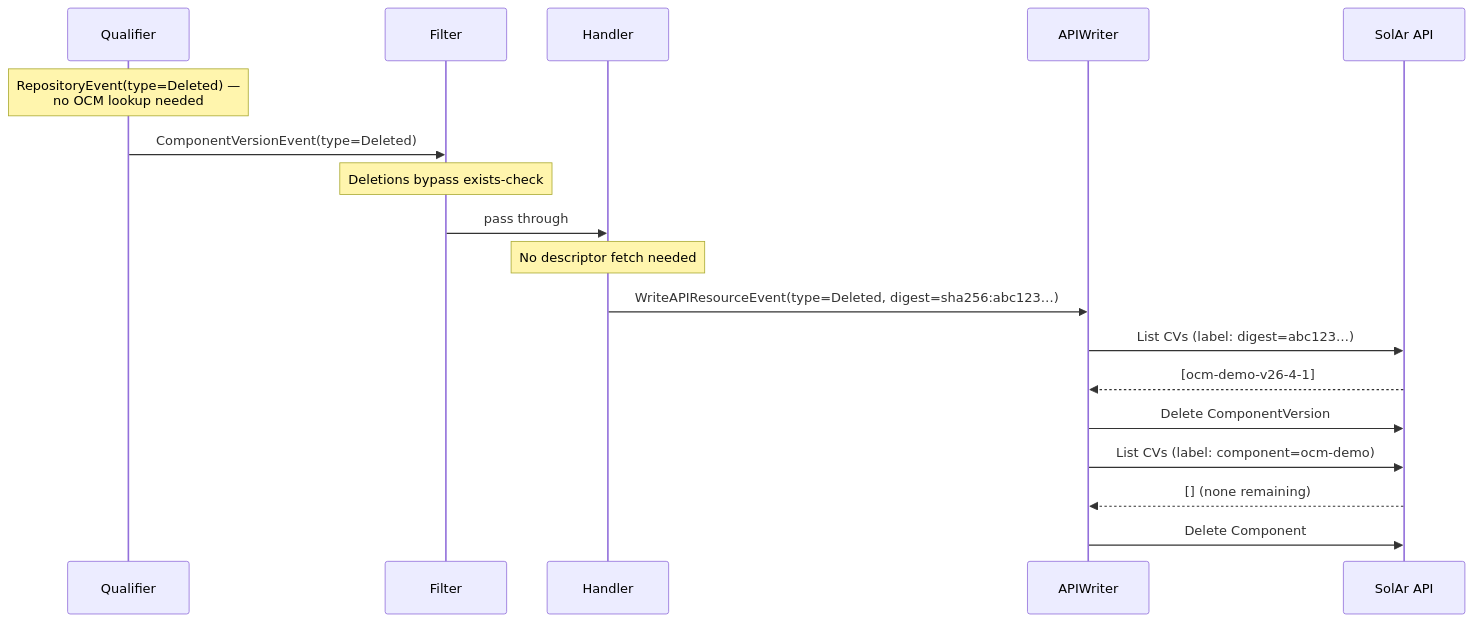
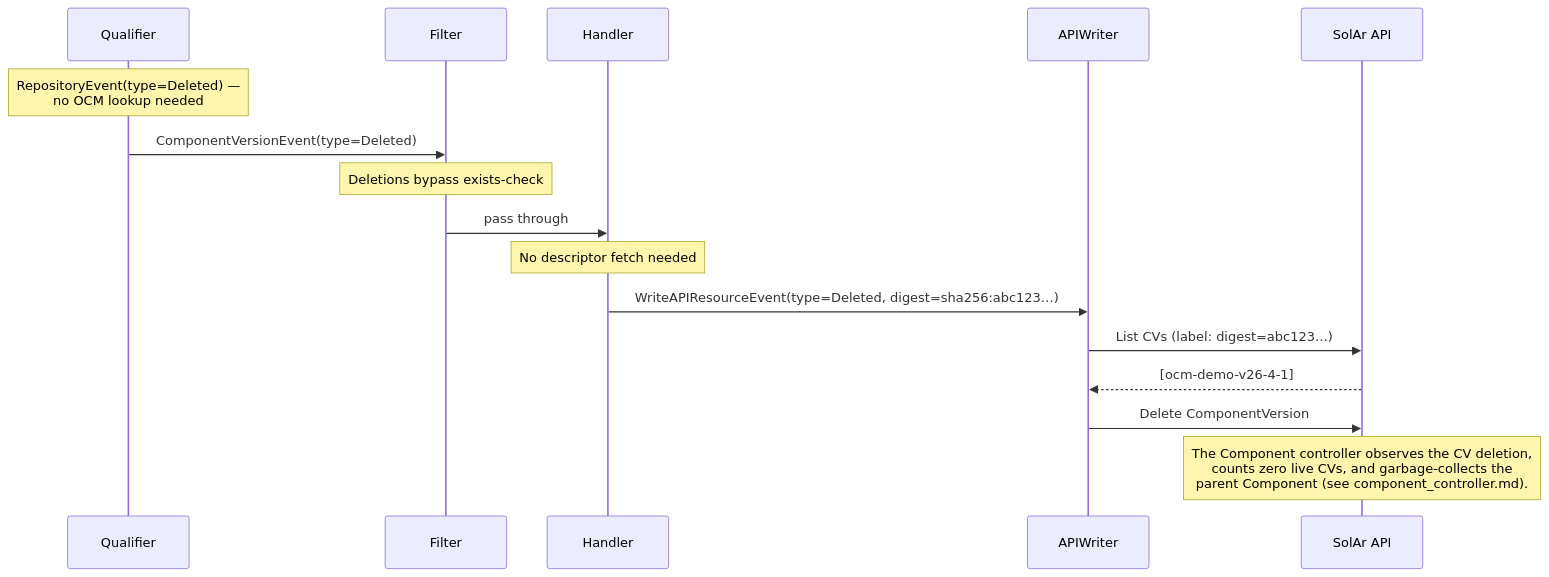
The seventh of 7 diagrams in docs/developer-guide/discovery_pipeline.md (opendefensecloud/solution-arsenal), drawn with Mermaid before and after one commit. The commit also changed other lines of this file and 1 other file, not shown here.

Commit message:
docs: align CV controller and discovery docs with reconciler-owned lifecycle

````diff
--- a/docs/developer-guide/discovery_pipeline.md
+++ b/docs/developer-guide/discovery_pipeline.md
@@ -190,21 +190,19 @@
 ```mermaid
 sequenceDiagram
     participant Qualifier as Qualifier
     participant Filter as Filter
     participant Handler as Handler
     participant Writer as APIWriter
     participant K8s as SolAr API
 
     Note over Qualifier: RepositoryEvent(type=Deleted) —<br/>no OCM lookup needed
     Qualifier->>Filter: ComponentVersionEvent(type=Deleted)
     Note over Filter: Deletions bypass exists-check
     Filter->>Handler: pass through
     Note over Handler: No descriptor fetch needed
     Handler->>Writer: WriteAPIResourceEvent(type=Deleted, digest=sha256:abc123…)
     Writer->>K8s: List CVs (label: digest=abc123…)
     K8s-->>Writer: [ocm-demo-v26-4-1]
     Writer->>K8s: Delete ComponentVersion
-    Writer->>K8s: List CVs (label: component=ocm-demo)
-    K8s-->>Writer: [] (none remaining)
-    Writer->>K8s: Delete Component
+    Note over K8s: The Component controller observes the CV deletion,<br/>counts zero live CVs, and garbage-collects the<br/>parent Component (see component_controller.md).
 ```
````
